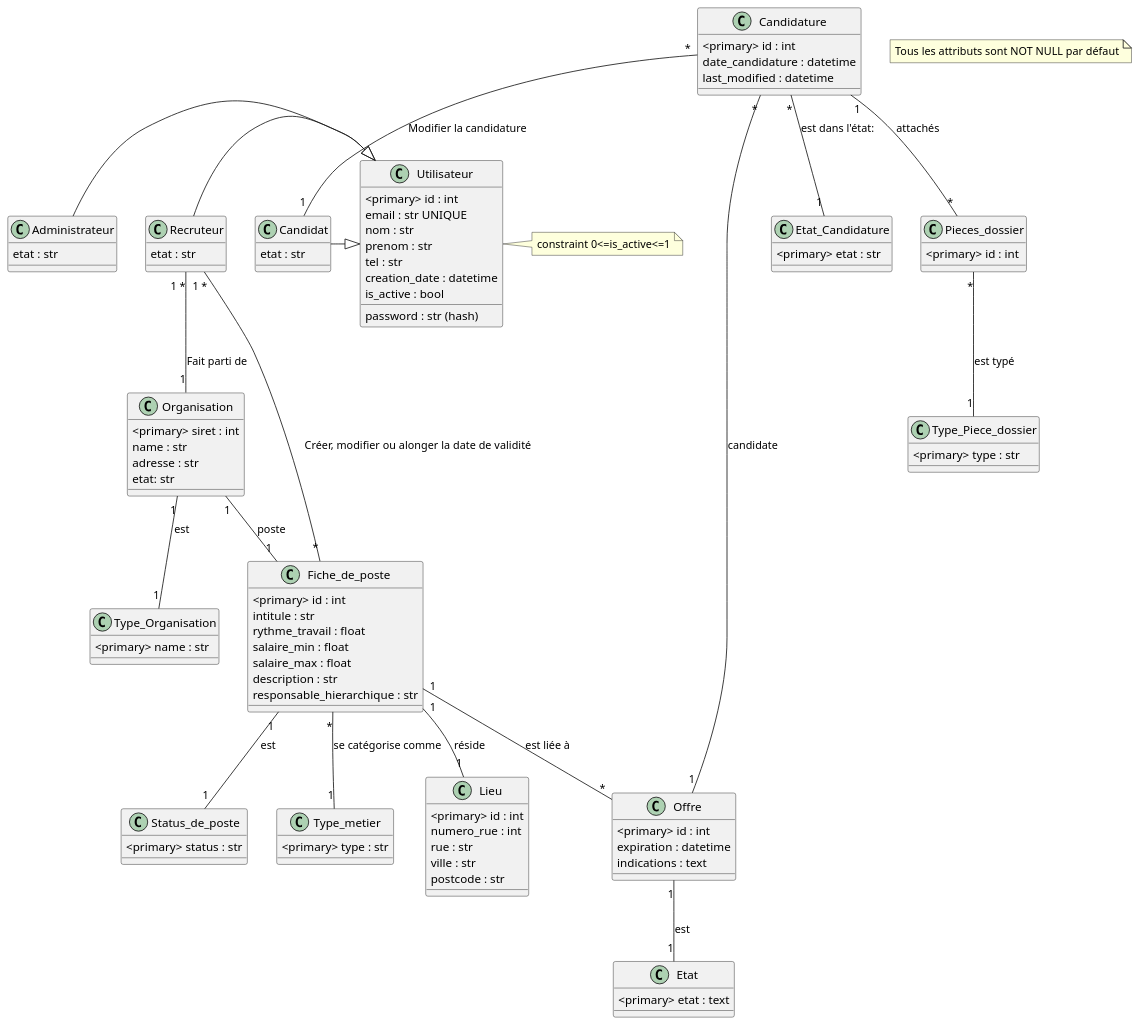
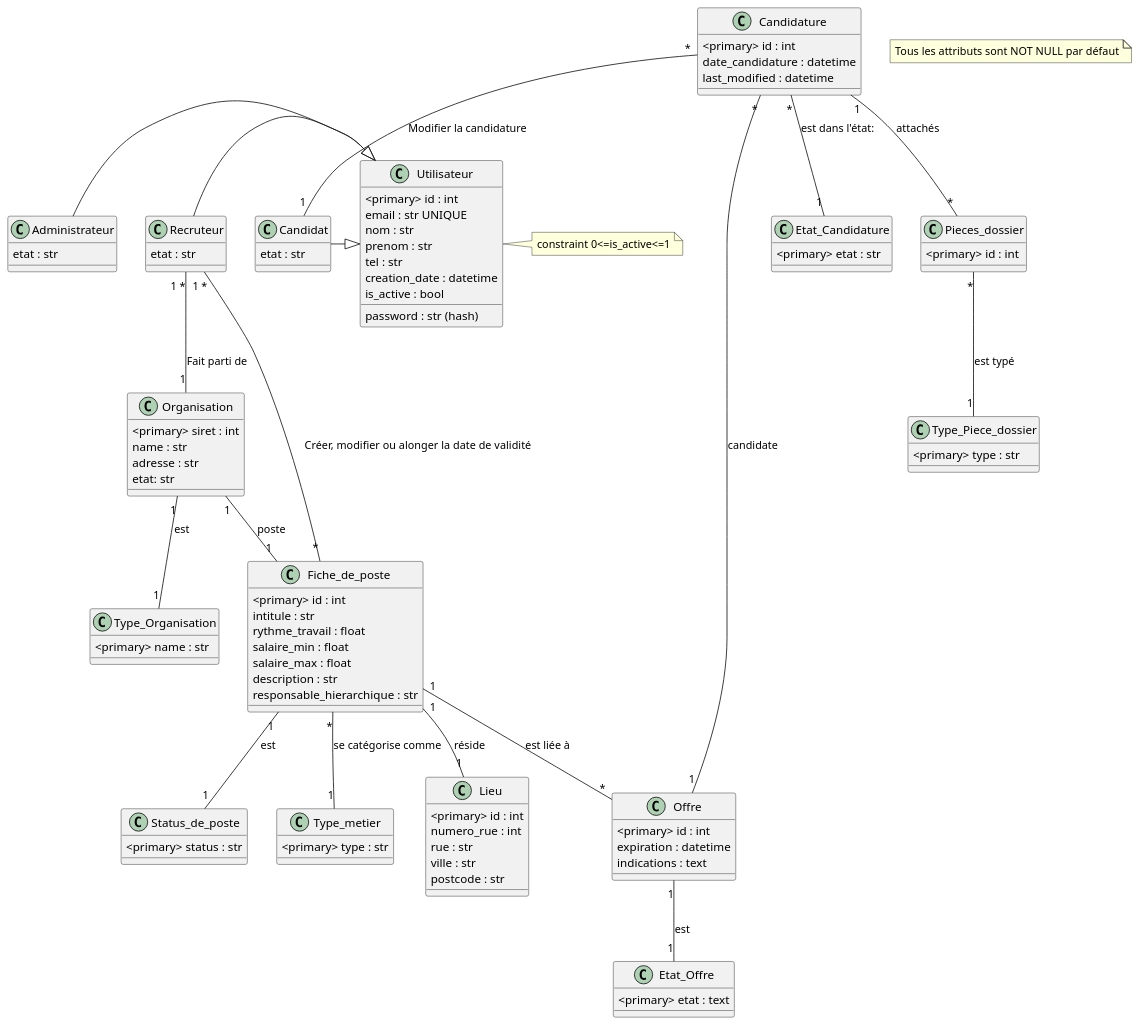
Before and after one commit to alexandreeberhardt/SR10_Website: the diagram in structure/UML.puml, drawn with PlantUML.

Commit message:
modified UML

```diff
--- a/structure/UML.puml
+++ b/structure/UML.puml
@@ -1,118 +1,118 @@
 @startuml
 note "Tous les attributs sont NOT NULL par défaut" as note
 
 
 class Utilisateur{
   <primary> id : int
   email : str UNIQUE
   password : str (hash)
   nom : str
   prenom : str
   tel : str
   creation_date : datetime
   is_active : bool
 }
 note right
   constraint 0<=is_active<=1
 end note
 
 class Administrateur{
   etat : str
 }
 
 class Candidat{
     etat : str
 }
 
 class Recruteur{
     etat : str
 }
 
 
 
 class Type_Organisation{
   <primary> name : str
 }
 
 class Organisation{
   <primary> siret : int
   name : str
   adresse : str
   etat: str
 }
 
-class Etat{
+class Etat_Offre{
   <primary> etat : text
 }
 
 class Offre{
   <primary> id : int
   expiration : datetime
   indications : text
 }
 
 class Fiche_de_poste{
   <primary> id : int
   intitule : str
   rythme_travail : float
   salaire_min : float
   salaire_max : float
   description : str
   responsable_hierarchique : str
 
 }
 
 class Status_de_poste{
   <primary> status : str
 }
 class Type_metier{
   <primary> type : str
 }
 
 class Lieu{
   <primary> id : int
   numero_rue : int
   rue : str
   ville : str
   postcode : str 
 }
 
 class Candidature{
   <primary> id : int
   date_candidature : datetime
   last_modified : datetime
 }
 
 class Etat_Candidature{
   <primary> etat : str
 }
 
 class Pieces_dossier{
   <primary> id : int
 }
 
 class Type_Piece_dossier{
   <primary> type : str
 }
 
 Pieces_dossier "*" -- "1" Type_Piece_dossier : "est typé"
 
 Fiche_de_poste "*" -- "1" Type_metier : "se catégorise comme"
 Candidature "*" -- "1" Etat_Candidature : "est dans l'état:"
 Candidature "*" -- "1" Candidat : "Modifier la candidature"
 Candidature "*" -- "1" Offre : "candidate"
 Candidature "1" -- "*" Pieces_dossier : "attachés"
-Offre "1" -- "1" Etat : "est" 
+Offre "1" -- "1" Etat_Offre : "est" 
 Administrateur -|> Utilisateur
 Recruteur -|> Utilisateur
 Candidat -|> Utilisateur
 Organisation "1" -- "1" Type_Organisation : "est"
 Organisation "1" -- "1" Fiche_de_poste : "poste"
 Fiche_de_poste "1" -- "*" Offre : "est liée à"
 Fiche_de_poste "1" -- "1" Status_de_poste : "est"
 Fiche_de_poste "1" -- "1" Lieu : "réside"
 Fiche_de_poste "*" -- "1 *" Recruteur : "Créer, modifier ou alonger la date de validité"
 Recruteur "1 *" -- "1" Organisation : "Fait parti de"
 
 
 @enduml
```
